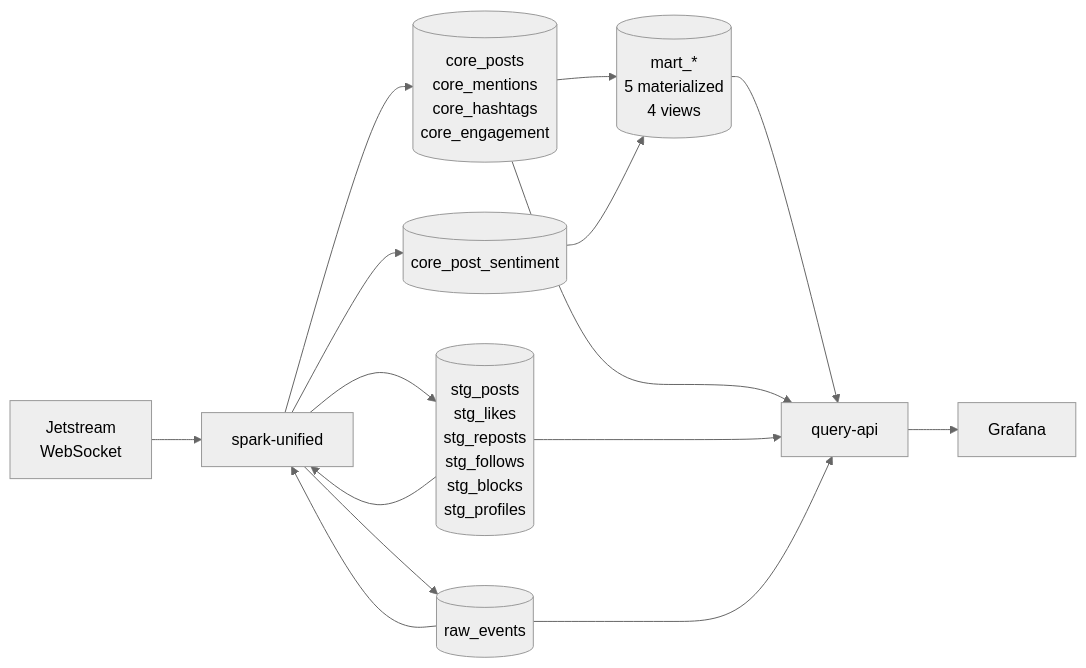
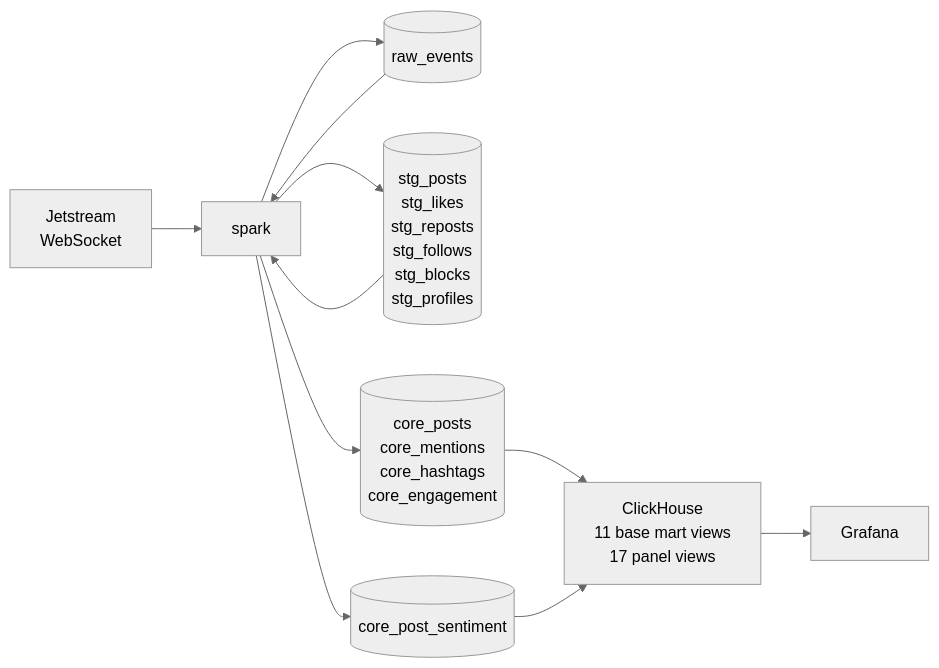
One commit to joshlizana/atomosphere changed the second of 3 diagrams in docs/TDD.md. Above: the diagram before and after it, drawn with Mermaid (neutral theme). The commit also changed other lines of this file and 19 other files, not shown here.

````diff
--- a/docs/TDD.md
+++ b/docs/TDD.md
@@ -140,13 +129,12 @@
 ```mermaid
 flowchart LR
-    WS[Jetstream\nWebSocket] --> SU[spark-unified]
+    WS[Jetstream\nWebSocket] --> SU[spark]
     SU --> RAW[(raw_events)]
     RAW --> SU
     SU --> STG[(stg_posts\nstg_likes\nstg_reposts\nstg_follows\nstg_blocks\nstg_profiles)]
     STG --> SU
     SU --> CORE[(core_posts\ncore_mentions\ncore_hashtags\ncore_engagement)]
     SU --> SENT[(core_post_sentiment)]
-    CORE & SENT --> MART[(mart_*\n5 materialized\n4 views)]
-    MART & CORE & STG & RAW --> QA[query-api]
-    QA --> GF[Grafana]
+    CORE & SENT --> CH[ClickHouse\n11 base mart views\n17 panel views]
+    CH --> GF[Grafana]
 ```
````
